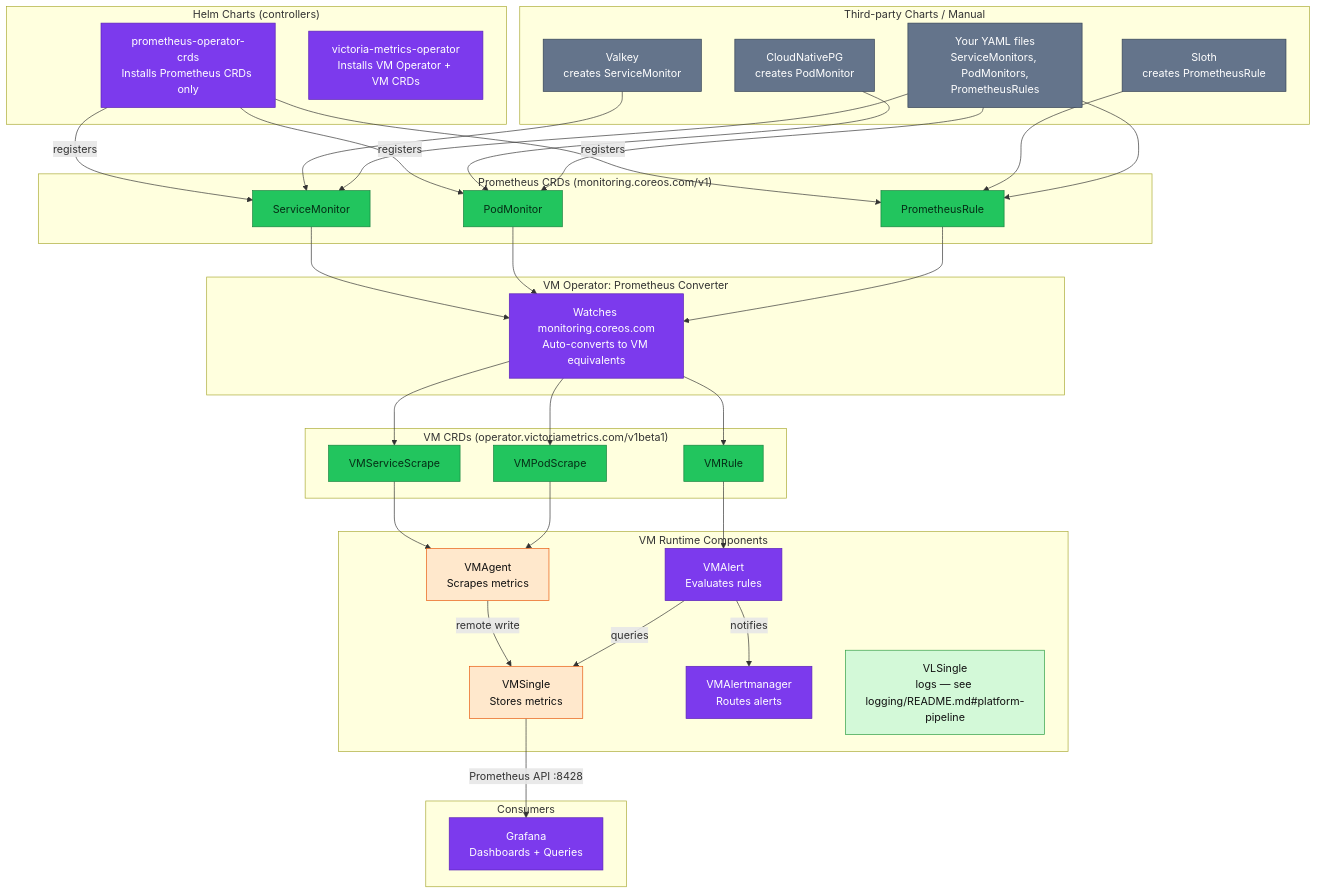
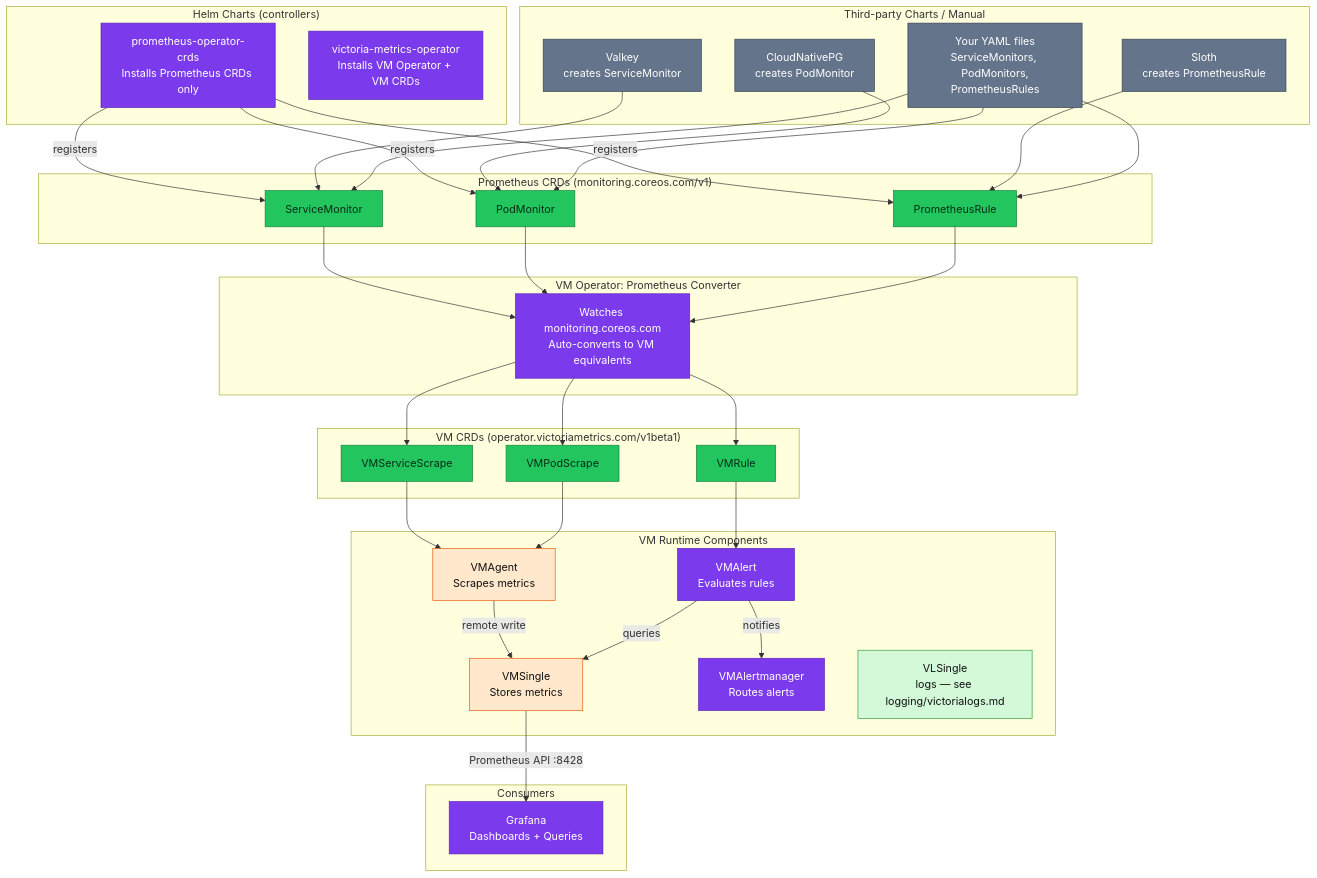
Before and after one commit to duynhlab/homelab: the first of 6 diagrams in docs/observability/metrics/victoriametrics.md, drawn with Mermaid. The commit also changed other lines of this file and 12 other files, not shown here.

```diff
--- a/docs/observability/metrics/victoriametrics.md
+++ b/docs/observability/metrics/victoriametrics.md
@@ -62,7 +62,7 @@
         VMSingle["VMSingle<br/>Stores metrics"]
         VMAlert["VMAlert<br/>Evaluates rules"]
         VMAMgr["VMAlertmanager<br/>Routes alerts"]
-        VLSingle["VLSingle<br/>logs — see logging/README.md#platform-pipeline"]
+        VLSingle["VLSingle<br/>logs — see logging/victorialogs.md"]
     end
 
     subgraph consumers ["Consumers"]
```
